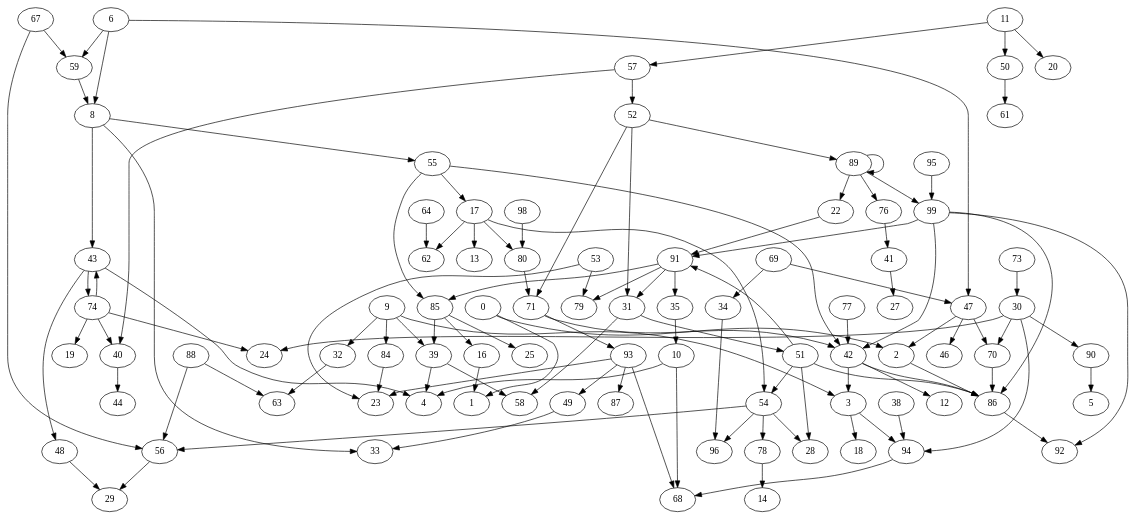
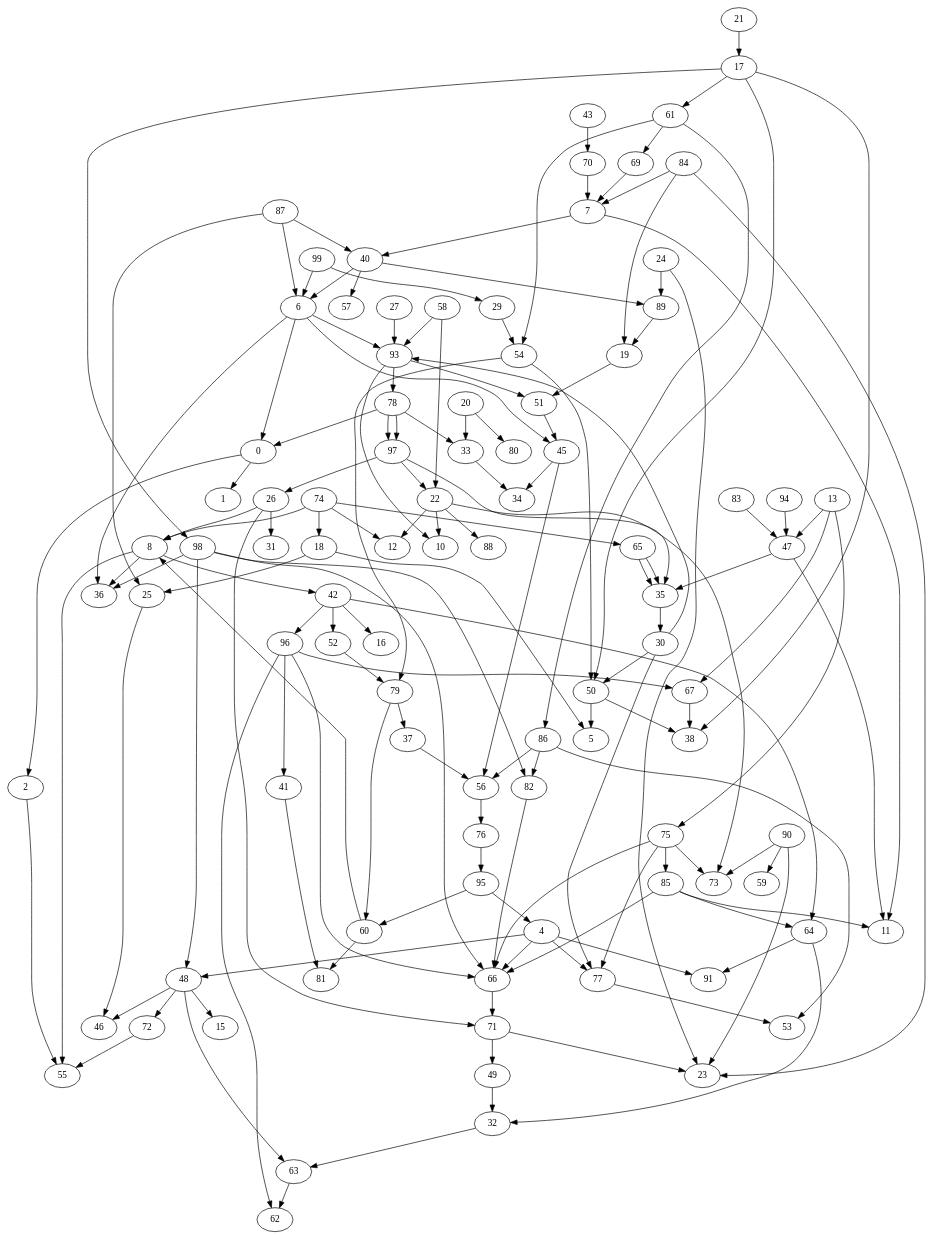
Before and after one commit to seb-nyberg/liveness_par: the diagram in cfg.dot, drawn with Graphviz. The commit also changed 3 other files, not shown here.

```diff
--- a/cfg.dot
+++ b/cfg.dot
@@ -1,117 +1,146 @@
 digraph cfg {
 0 -> { 1 2 }
-2 -> { 86 }
-3 -> { 94 }
-3 -> { 18 }
-6 -> { 8 }
-6 -> { 59 }
-6 -> { 47 }
-8 -> { 43 }
+2 -> { 55 }
+4 -> { 77 }
+4 -> { 66 }
+4 -> { 91 }
+4 -> { 48 }
+6 -> { 93 }
+6 -> { 0 }
+6 -> { 45 }
+6 -> { 36 }
+7 -> { 11 }
+7 -> { 40 }
 8 -> { 55 }
-8 -> { 33 }
-9 -> { 32 }
-9 -> { 3 }
-9 -> { 84 }
-9 -> { 39 }
-10 -> { 68 }
-10 -> { 4 }
-11 -> { 50 }
-11 -> { 20 }
-11 -> { 57 }
-16 -> { 1 }
-17 -> { 54 }
-17 -> { 13 }
-17 -> { 62 }
-17 -> { 80 }
-22 -> { 91 }
-30 -> { 94 }
-30 -> { 70 }
-30 -> { 24 }
-30 -> { 90 }
-31 -> { 58 }
-31 -> { 51 }
+8 -> { 36 }
+8 -> { 42 }
+13 -> { 67 }
+13 -> { 47 }
+13 -> { 75 }
+17 -> { 38 }
+17 -> { 50 }
+17 -> { 98 }
+17 -> { 61 }
+18 -> { 5 }
+18 -> { 25 }
+19 -> { 51 }
+20 -> { 80 }
+20 -> { 33 }
+21 -> { 17 }
+22 -> { 12 }
+22 -> { 10 }
+22 -> { 88 }
+22 -> { 73 }
+24 -> { 23 }
+24 -> { 89 }
+25 -> { 46 }
+26 -> { 31 }
+26 -> { 8 }
+26 -> { 71 }
+27 -> { 93 }
+29 -> { 54 }
+30 -> { 50 }
+30 -> { 93 }
+30 -> { 77 }
 32 -> { 63 }
-34 -> { 96 }
-35 -> { 10 }
-38 -> { 94 }
-39 -> { 4 }
-39 -> { 58 }
-40 -> { 44 }
-41 -> { 27 }
-42 -> { 86 }
-42 -> { 12 }
-42 -> { 3 }
-43 -> { 74 }
-43 -> { 4 }
-43 -> { 48 }
-47 -> { 70 }
-47 -> { 46 }
-47 -> { 2 }
-48 -> { 29 }
-49 -> { 33 }
-50 -> { 61 }
-51 -> { 28 }
-51 -> { 54 }
-51 -> { 91 }
-51 -> { 86 }
-52 -> { 31 }
-52 -> { 89 }
-52 -> { 71 }
-53 -> { 23 }
-53 -> { 79 }
-54 -> { 78 }
-54 -> { 56 }
-54 -> { 28 }
-54 -> { 96 }
-55 -> { 42 }
-55 -> { 85 }
-55 -> { 17 }
-56 -> { 29 }
-57 -> { 40 }
-57 -> { 52 }
-59 -> { 8 }
-64 -> { 62 }
-67 -> { 56 }
-67 -> { 59 }
-69 -> { 47 }
-69 -> { 34 }
-70 -> { 86 }
-71 -> { 42 }
-71 -> { 93 }
-73 -> { 30 }
-74 -> { 40 }
-74 -> { 19 }
-74 -> { 43 }
-74 -> { 24 }
-76 -> { 41 }
-77 -> { 42 }
-78 -> { 14 }
-80 -> { 71 }
+33 -> { 34 }
+35 -> { 30 }
+37 -> { 56 }
+40 -> { 6 }
+40 -> { 89 }
+40 -> { 57 }
+41 -> { 81 }
+42 -> { 52 }
+42 -> { 96 }
+42 -> { 64 }
+42 -> { 16 }
+43 -> { 70 }
+45 -> { 56 }
+45 -> { 34 }
+47 -> { 35 }
+47 -> { 11 }
+48 -> { 72 }
+48 -> { 46 }
+48 -> { 15 }
+48 -> { 63 }
+49 -> { 32 }
+50 -> { 5 }
+50 -> { 38 }
+51 -> { 45 }
+52 -> { 79 }
+54 -> { 79 }
+54 -> { 50 }
+56 -> { 76 }
+58 -> { 22 }
+58 -> { 93 }
+60 -> { 81 }
+60 -> { 8 }
+61 -> { 54 }
+61 -> { 86 }
+61 -> { 69 }
+63 -> { 62 }
+64 -> { 32 }
+64 -> { 91 }
+65 -> { 35 }
+65 -> { 35 }
+66 -> { 71 }
+67 -> { 38 }
+69 -> { 7 }
+70 -> { 7 }
+71 -> { 49 }
+71 -> { 23 }
+72 -> { 55 }
+74 -> { 8 }
+74 -> { 12 }
+74 -> { 18 }
+74 -> { 65 }
+75 -> { 66 }
+75 -> { 73 }
+75 -> { 85 }
+75 -> { 77 }
+76 -> { 95 }
+77 -> { 53 }
+78 -> { 33 }
+78 -> { 97 }
+78 -> { 0 }
+78 -> { 97 }
+79 -> { 60 }
+79 -> { 37 }
+82 -> { 66 }
+83 -> { 47 }
 84 -> { 23 }
-85 -> { 39 }
-85 -> { 16 }
-85 -> { 25 }
-86 -> { 92 }
-88 -> { 63 }
-88 -> { 56 }
-89 -> { 99 }
-89 -> { 76 }
-89 -> { 89 }
-89 -> { 22 }
-90 -> { 5 }
-91 -> { 31 }
-91 -> { 79 }
-91 -> { 85 }
-91 -> { 35 }
-93 -> { 23 }
-93 -> { 87 }
-93 -> { 68 }
-93 -> { 49 }
-94 -> { 68 }
-95 -> { 99 }
-98 -> { 80 }
-99 -> { 86 }
-99 -> { 92 }
-99 -> { 91 }
-99 -> { 42 }
+84 -> { 19 }
+84 -> { 7 }
+85 -> { 11 }
+85 -> { 64 }
+85 -> { 66 }
+86 -> { 82 }
+86 -> { 56 }
+86 -> { 53 }
+87 -> { 40 }
+87 -> { 6 }
+87 -> { 25 }
+89 -> { 19 }
+90 -> { 23 }
+90 -> { 73 }
+90 -> { 59 }
+93 -> { 51 }
+93 -> { 78 }
+93 -> { 10 }
+94 -> { 47 }
+95 -> { 4 }
+95 -> { 60 }
+96 -> { 41 }
+96 -> { 62 }
+96 -> { 66 }
+96 -> { 67 }
+97 -> { 22 }
+97 -> { 35 }
+97 -> { 26 }
+98 -> { 36 }
+98 -> { 82 }
+98 -> { 66 }
+98 -> { 48 }
+99 -> { 6 }
+99 -> { 29 }
 }
```
